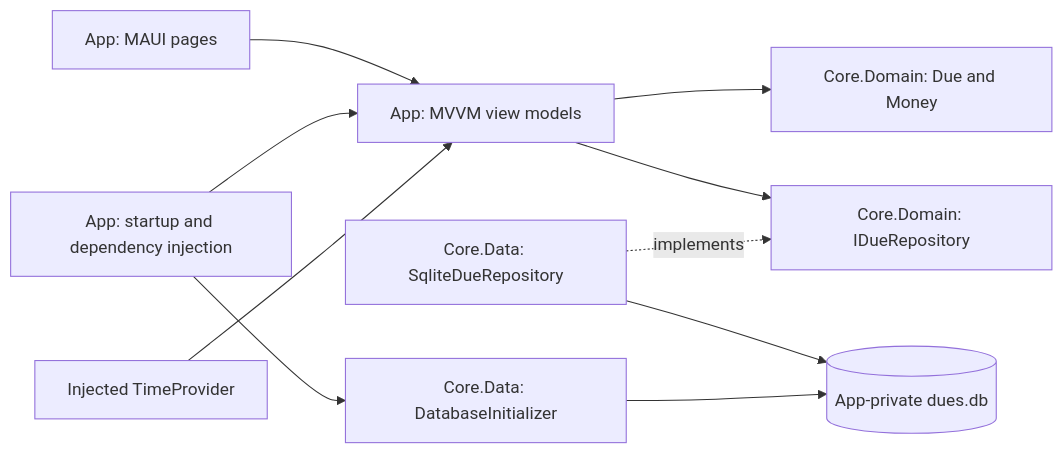
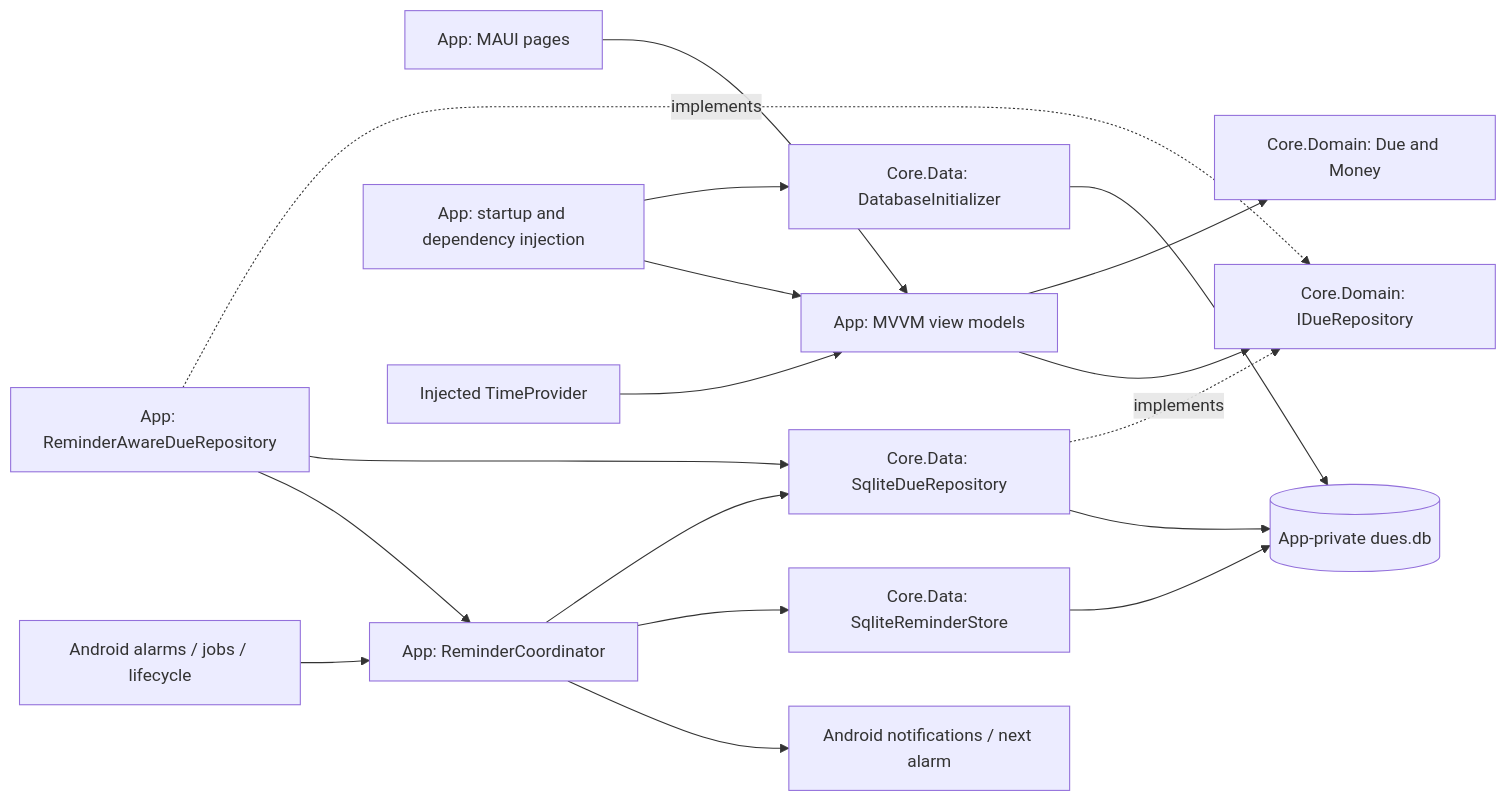
The diagram in docs/SDD.md (XjorLml/due-date-checker), drawn with Mermaid before and after one commit. The commit also changed other lines of this file and 64 other files, not shown here.

````diff
--- a/docs/SDD.md
+++ b/docs/SDD.md
@@ -26,12 +26,20 @@
 ```mermaid
 flowchart LR
     Pages[App: MAUI pages] --> VMs[App: MVVM view models]
     VMs --> Domain[Core.Domain: Due and Money]
     VMs --> Contract[Core.Domain: IDueRepository]
     Repo[Core.Data: SqliteDueRepository] -. implements .-> Contract
     Repo --> DB[(App-private dues.db)]
+    Writes[App: ReminderAwareDueRepository] -. implements .-> Contract
+    Writes --> Repo
+    Writes --> Reconcile[App: ReminderCoordinator]
+    Jobs[Android alarms / jobs / lifecycle] --> Reconcile
+    Reconcile --> Repo
+    Reconcile --> Journal[Core.Data: SqliteReminderStore]
+    Journal --> DB
+    Reconcile --> Platform[Android notifications / next alarm]
     Startup[App: startup and dependency injection] --> Init[Core.Data: DatabaseInitializer]
     Init --> DB
     Startup --> VMs
     Clock[Injected TimeProvider] --> VMs
 ```
````
